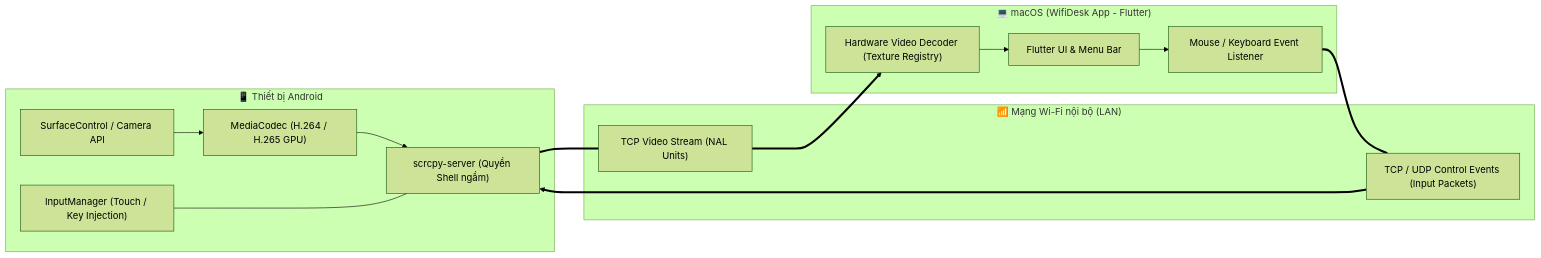
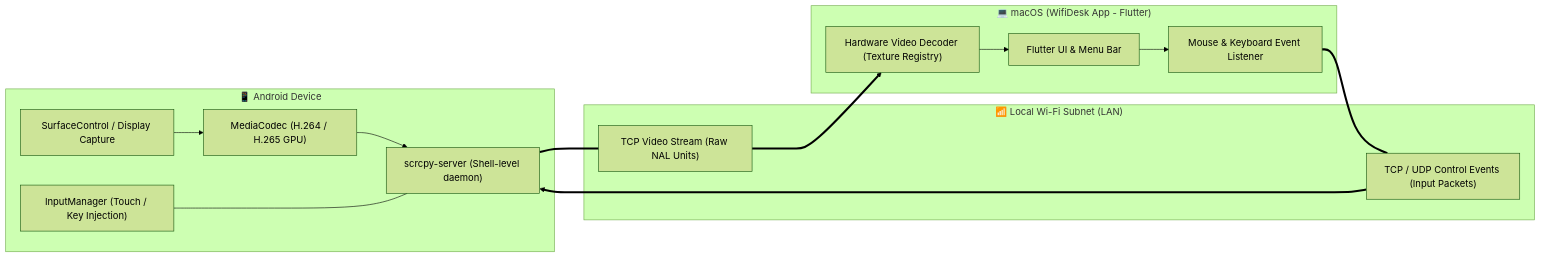
One commit to az-coder-123/azdroid changed the diagram in README.md. Above: the diagram before and after it, drawn with Mermaid (forest theme). The commit also changed other lines of this file and 3 other files, not shown here.

````diff
--- a/README.md
+++ b/README.md
@@ -47,21 +47,21 @@
 ```mermaid
 flowchart LR
-    subgraph AndroidDevice ["📱 Thiết bị Android"]
-        A1["SurfaceControl / Camera API"] --> A2["MediaCodec (H.264 / H.265 GPU)"]
-        A2 --> A3["scrcpy-server (Quyền Shell ngầm)"]
+    subgraph AndroidDevice ["📱 Android Device"]
+        A1["SurfaceControl / Display Capture"] --> A2["MediaCodec (H.264 / H.265 GPU)"]
+        A2 --> A3["scrcpy-server (Shell-level daemon)"]
         A4["InputManager (Touch / Key Injection)"] <--- A3
     end
 
-    subgraph LocalNetwork ["📶 Mạng Wi-Fi nội bộ (LAN)"]
-        V_STREAM["TCP Video Stream (NAL Units)"]
+    subgraph LocalNetwork ["📶 Local Wi-Fi Subnet (LAN)"]
+        V_STREAM["TCP Video Stream (Raw NAL Units)"]
         C_SOCKET["TCP / UDP Control Events (Input Packets)"]
     end
 
     subgraph MacApp ["💻 macOS (WifiDesk App - Flutter)"]
-        M1["Flutter UI & Menu Bar"] --> M2["Mouse / Keyboard Event Listener"]
+        M1["Flutter UI & Menu Bar"] --> M2["Mouse & Keyboard Event Listener"]
         M3["Hardware Video Decoder (Texture Registry)"] --> M1
     end
 
     A3 === V_STREAM ===> M3
     M2 === C_SOCKET ===> A3
 ```
````
